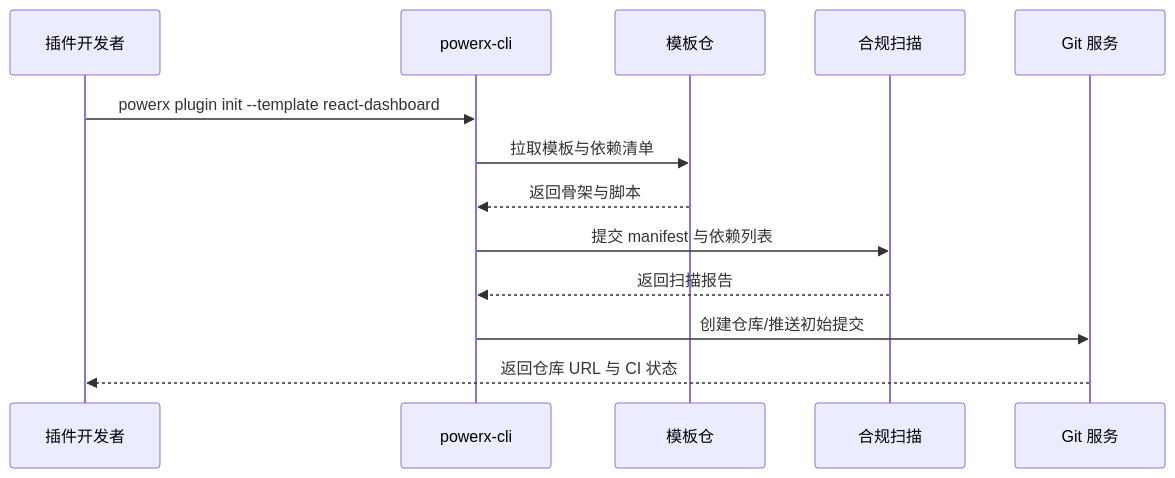
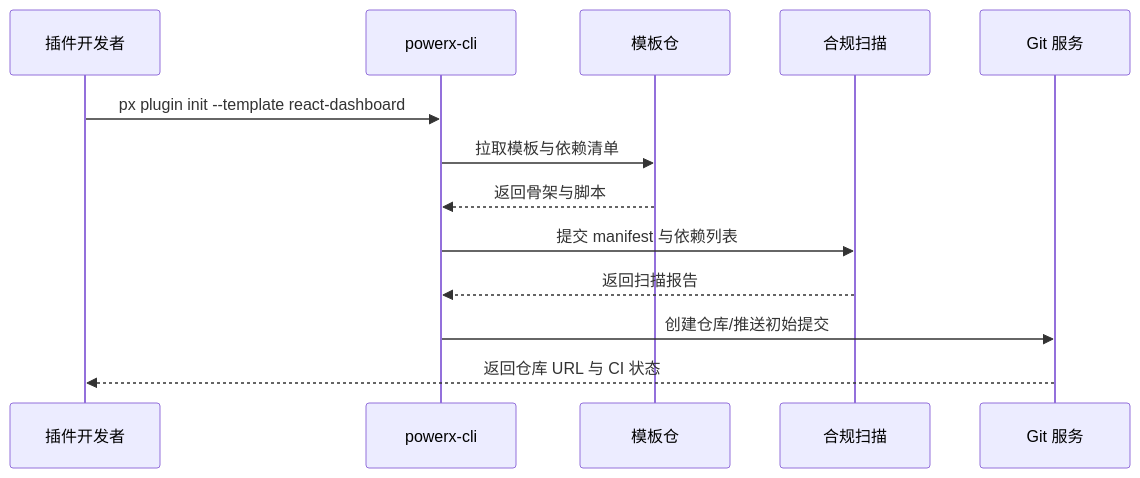
The diagram in docs/use_cases/_from_hub/SCN-DEV-PLUGIN-INIT-001/SCN-DEV-PLUGIN-CLI-INIT-001.md (ArtisanCloud/PowerX), drawn with Mermaid before and after one commit. The commit also changed other lines of this file and 64 other files, not shown here.

````diff
--- a/docs/use_cases/_from_hub/SCN-DEV-PLUGIN-INIT-001/SCN-DEV-PLUGIN-CLI-INIT-001.md
+++ b/docs/use_cases/_from_hub/SCN-DEV-PLUGIN-INIT-001/SCN-DEV-PLUGIN-CLI-INIT-001.md
@@ -54,16 +54,16 @@
 ```mermaid
 sequenceDiagram
   participant Dev as 插件开发者
   participant CLI as powerx-cli
   participant Template as 模板仓
   participant Scanner as 合规扫描
   participant Git as Git 服务
 
-  Dev->>CLI: powerx plugin init --template react-dashboard
+  Dev->>CLI: px plugin init --template react-dashboard
   CLI->>Template: 拉取模板与依赖清单
   Template-->>CLI: 返回骨架与脚本
   CLI->>Scanner: 提交 manifest 与依赖列表
   Scanner-->>CLI: 返回扫描报告
   CLI->>Git: 创建仓库/推送初始提交
   Git-->>Dev: 返回仓库 URL 与 CI 状态
 ```
````
